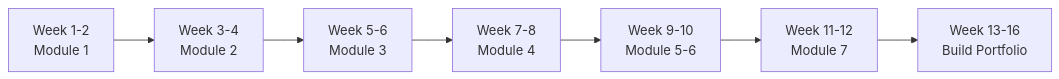
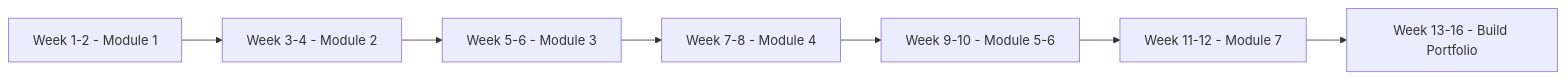
The second of 3 diagrams in README.md (codezelaca/pm-ba-lifecycle), drawn with Mermaid before and after one commit. The commit also changed other lines of this file and 11 other files, not shown here.

Commit message:
docs: standardize multi-line text formatting in diagrams and tables by replacing HTML line breaks with hyphens.

````diff
--- a/README.md
+++ b/README.md
@@ -344,9 +344,9 @@
 ```mermaid
 graph LR
-    A[Week 1-2<br/>Module 1] --> B[Week 3-4<br/>Module 2]
-    B --> C[Week 5-6<br/>Module 3]
-    C --> D[Week 7-8<br/>Module 4]
-    D --> E[Week 9-10<br/>Module 5-6]
-    E --> F[Week 11-12<br/>Module 7]
-    F --> G[Week 13-16<br/>Build Portfolio]
+    A[Week 1-2 - Module 1] --> B[Week 3-4 - Module 2]
+    B --> C[Week 5-6 - Module 3]
+    C --> D[Week 7-8 - Module 4]
+    D --> E[Week 9-10 - Module 5-6]
+    E --> F[Week 11-12 - Module 7]
+    F --> G[Week 13-16 - Build Portfolio]
 ```
````
